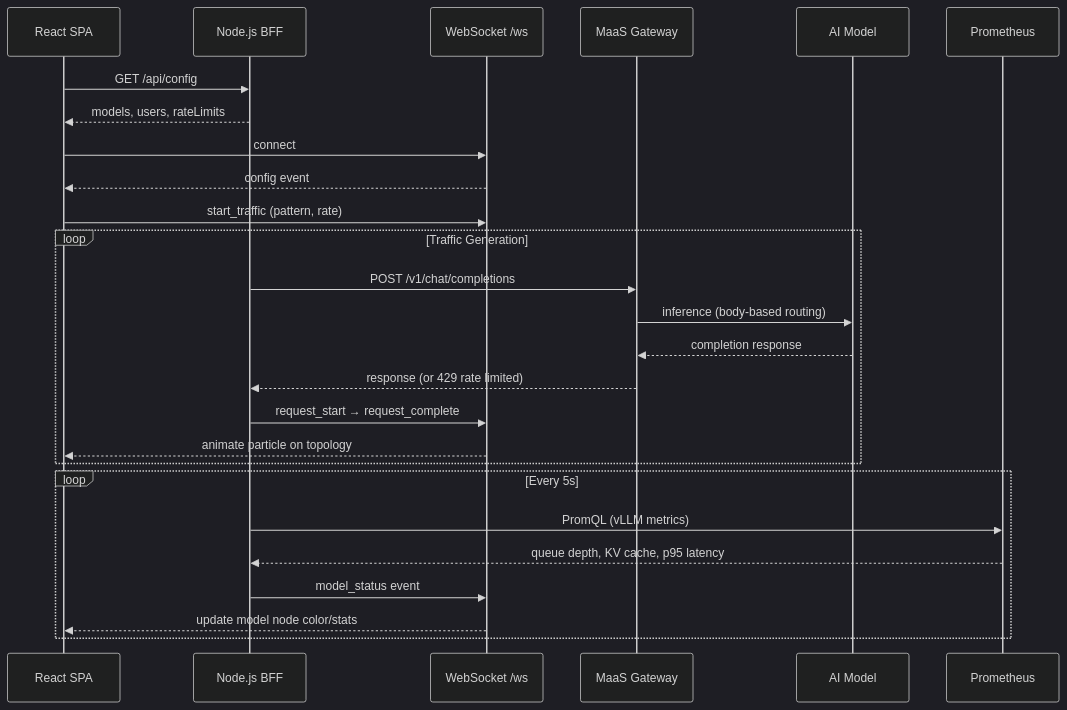
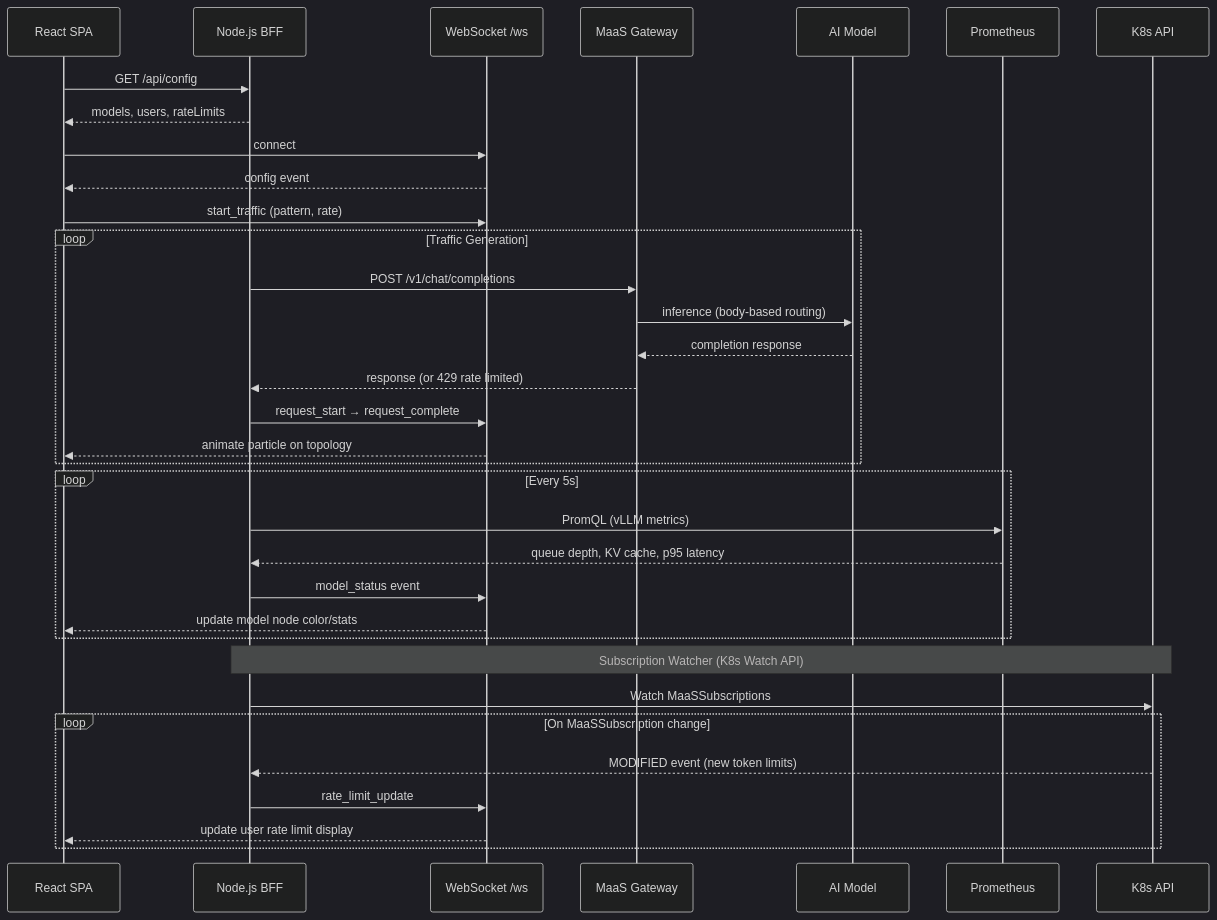
Before and after one commit to Sheryl-shiyi/maas-pulse: the diagram in docs/images/traffic-ui-flow.mmd, drawn with Mermaid. The commit also changed 14 other files, not shown here.

First line of the commit message:
Add K8s Watch for per-model dynamic rate limits and fix 429 handling

```diff
--- a/docs/images/traffic-ui-flow.mmd
+++ b/docs/images/traffic-ui-flow.mmd
@@ -1,32 +1,41 @@
 %%{init: {'theme': 'dark'}}%%
 sequenceDiagram
     participant Browser as React SPA
     participant BFF as Node.js BFF
     participant WS as WebSocket /ws
     participant MaaS as MaaS Gateway
     participant Model as AI Model
     participant Prom as Prometheus
+    participant K8s as K8s API
 
     Browser->>BFF: GET /api/config
     BFF-->>Browser: models, users, rateLimits
 
     Browser->>WS: connect
     WS-->>Browser: config event
 
     Browser->>WS: start_traffic (pattern, rate)
 
     loop Traffic Generation
         BFF->>MaaS: POST /v1/chat/completions
         MaaS->>Model: inference (body-based routing)
         Model-->>MaaS: completion response
         MaaS-->>BFF: response (or 429 rate limited)
         BFF->>WS: request_start → request_complete
         WS-->>Browser: animate particle on topology
     end
 
     loop Every 5s
         BFF->>Prom: PromQL (vLLM metrics)
         Prom-->>BFF: queue depth, KV cache, p95 latency
         BFF->>WS: model_status event
         WS-->>Browser: update model node color/stats
     end
+
+    Note over BFF,K8s: Subscription Watcher (K8s Watch API)
+    BFF->>K8s: Watch MaaSSubscriptions
+    loop On MaaSSubscription change
+        K8s-->>BFF: MODIFIED event (new token limits)
+        BFF->>WS: rate_limit_update
+        WS-->>Browser: update user rate limit display
+    end
```
